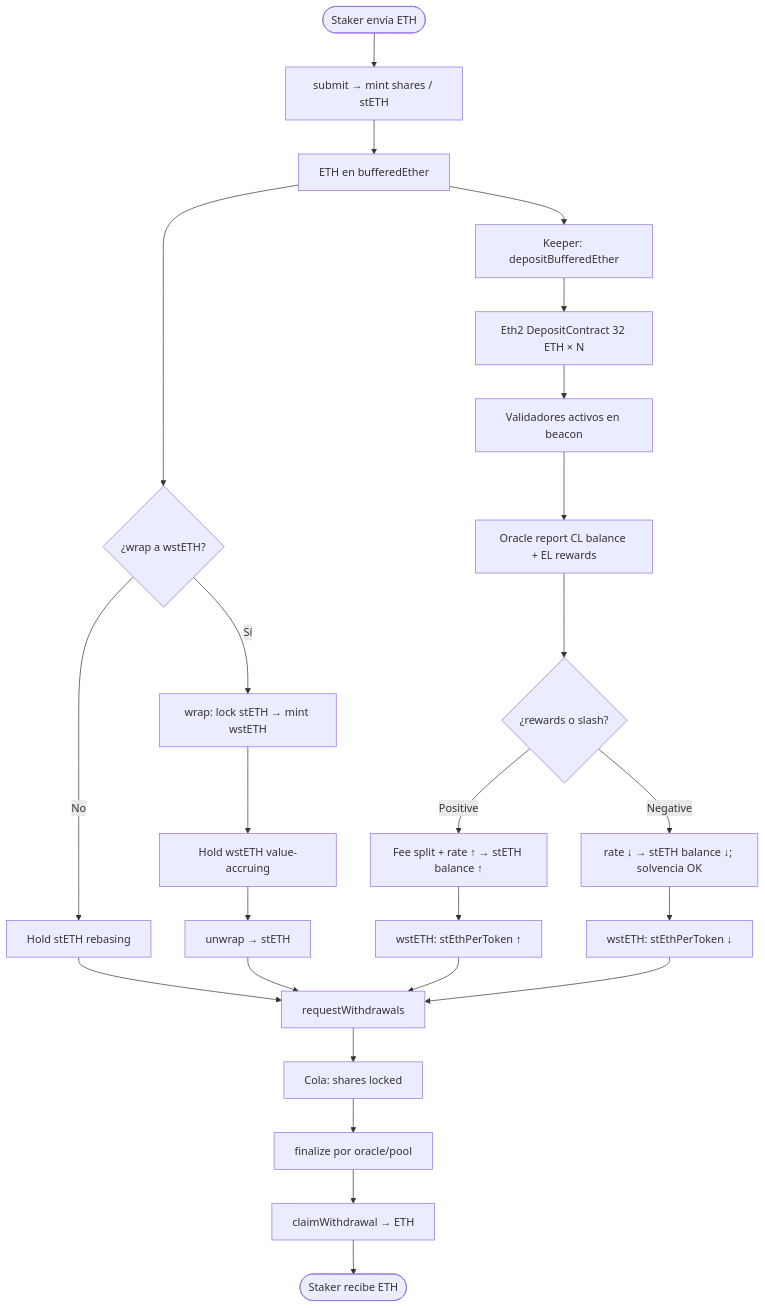
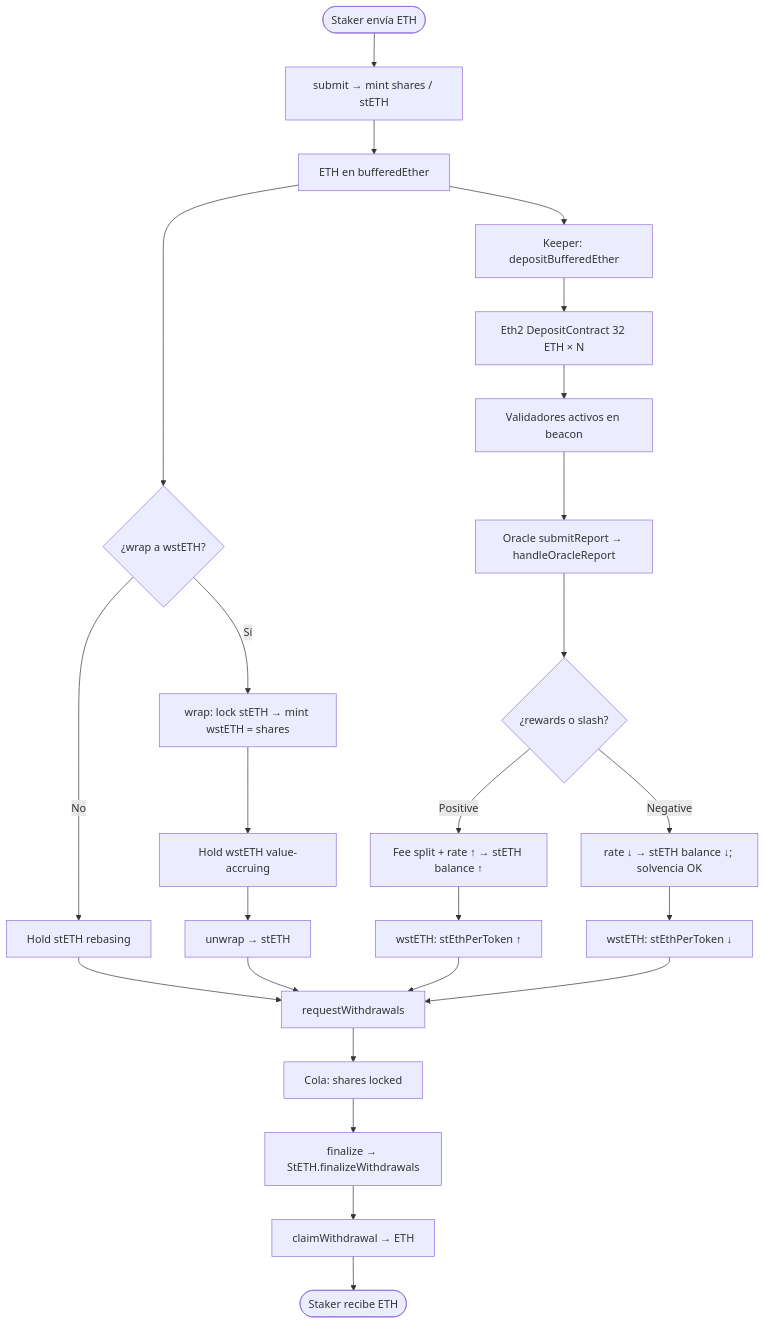
Before and after one commit to rastrahm/liquid-staking-protocol: the second of 5 diagrams in doc/flujograma.md, drawn with Mermaid. The commit also changed other lines of this file and 12 other files, not shown here.

````diff
--- a/doc/flujograma.md
+++ b/doc/flujograma.md
@@ -37,26 +39,26 @@
 ```mermaid
 flowchart TD
     Start([Staker envía ETH]) --> Sub[submit → mint shares / stETH]
     Sub --> Buf[ETH en bufferedEther]
     Buf --> Opt{¿wrap a wstETH?}
-    Opt -->|Sí| W[wrap: lock stETH → mint wstETH]
+    Opt -->|Sí| W[wrap: lock stETH → mint wstETH = shares]
     Opt -->|No| Hold[Hold stETH rebasing]
     W --> Hold2[Hold wstETH value-accruing]
     Buf --> Keep[Keeper: depositBufferedEther]
     Keep --> DC[Eth2 DepositContract 32 ETH × N]
     DC --> Val[Validadores activos en beacon]
-    Val --> Or[Oracle report CL balance + EL rewards]
+    Val --> Or[Oracle submitReport → handleOracleReport]
     Or --> Rebase{¿rewards o slash?}
     Rebase -->|Positive| Pos[Fee split + rate ↑ → stETH balance ↑]
     Rebase -->|Negative| Neg[rate ↓ → stETH balance ↓; solvencia OK]
     Pos --> Accrue[wstETH: stEthPerToken ↑]
     Neg --> Accrue2[wstETH: stEthPerToken ↓]
     Hold --> Unstake
     Hold2 --> Unwrap[unwrap → stETH] --> Unstake
     Accrue --> Unstake
     Accrue2 --> Unstake
     Unstake[requestWithdrawals] --> Queue[Cola: shares locked]
-    Queue --> Fin[finalize por oracle/pool]
+    Queue --> Fin[finalize → StETH.finalizeWithdrawals]
     Fin --> Claim[claimWithdrawal → ETH]
     Claim --> Done([Staker recibe ETH])
 ```
````
